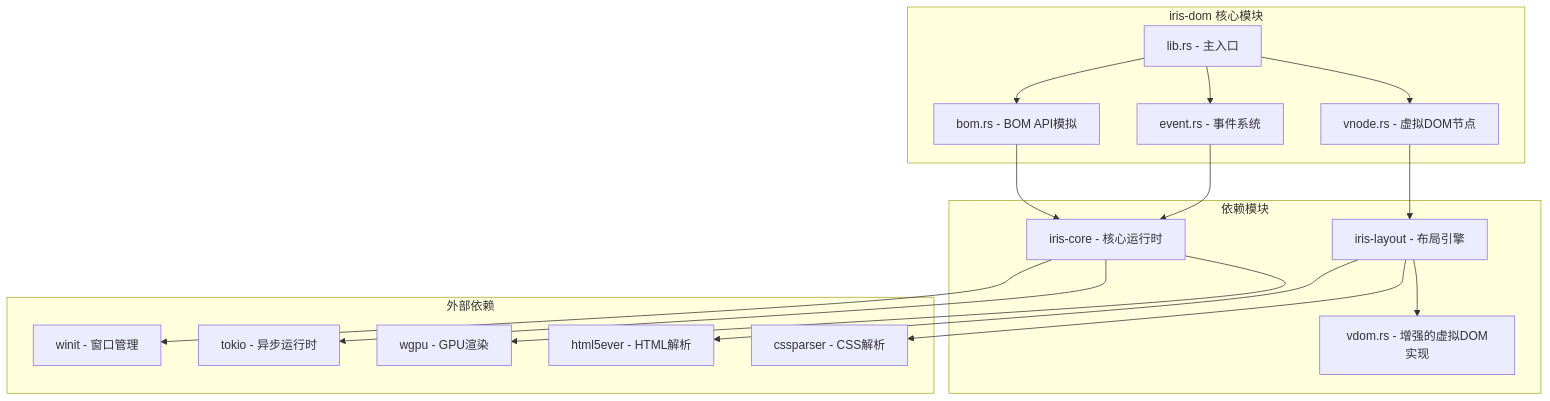
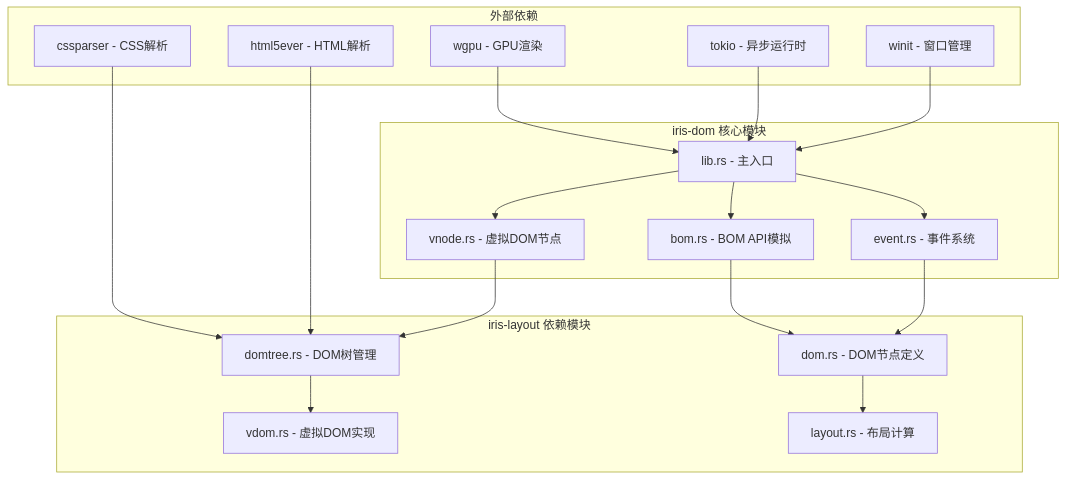
Before and after one commit to itszzl-sudo/iris: the first of 11 diagrams in .qoder/repowiki/zh/content/技术架构详解/跨端抽象层/iris-dom虚拟DOM系统.md, drawn with Mermaid. The commit also changed other lines of this file and 8 other files, not shown here.

````diff
--- a/.qoder/repowiki/zh/content/技术架构详解/跨端抽象层/iris-dom虚拟DOM系统.md
+++ b/.qoder/repowiki/zh/content/技术架构详解/跨端抽象层/iris-dom虚拟DOM系统.md
@@ -46,33 +47,35 @@
 ```mermaid
 graph TB
 subgraph "iris-dom 核心模块"
 A[vnode.rs - 虚拟DOM节点]
 B[event.rs - 事件系统]
 C[bom.rs - BOM API模拟]
 D[lib.rs - 主入口]
 end
-subgraph "依赖模块"
-E[iris-core - 核心运行时]
-F[iris-layout - 布局引擎]
-G[vdom.rs - 增强的虚拟DOM实现]
+subgraph "iris-layout 依赖模块"
+E[dom.rs - DOM节点定义]
+F[domtree.rs - DOM树管理]
+G[vdom.rs - 虚拟DOM实现]
+H[layout.rs - 布局计算]
 end
 subgraph "外部依赖"
-H[winit - 窗口管理]
-I[tokio - 异步运行时]
-J[wgpu - GPU渲染]
-K[html5ever - HTML解析]
-L[cssparser - CSS解析]
+I[winit - 窗口管理]
+J[tokio - 异步运行时]
+K[wgpu - GPU渲染]
+L[html5ever - HTML解析]
+M[cssparser - CSS解析]
 end
 D --> A
 D --> B
 D --> C
 A --> F
 B --> E
 C --> E
 F --> G
 E --> H
-E --> I
-E --> J
-F --> K
-F --> L
+I --> D
+J --> D
+K --> D
+L --> F
+M --> F
 ```
````
